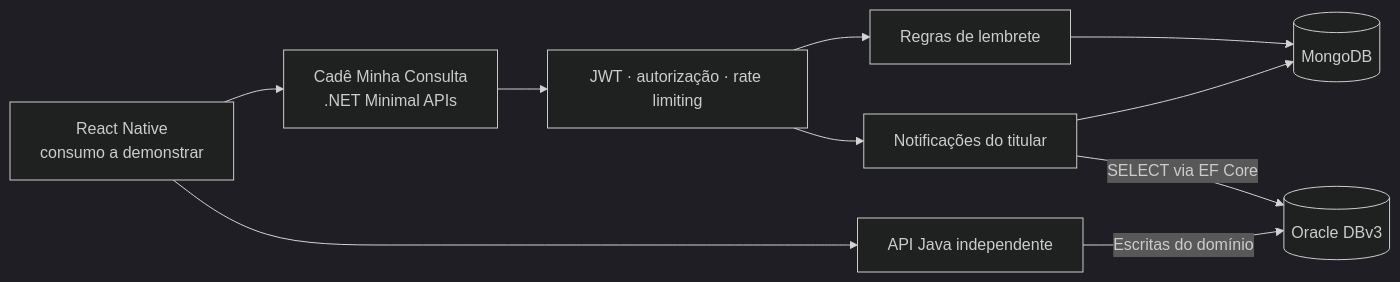
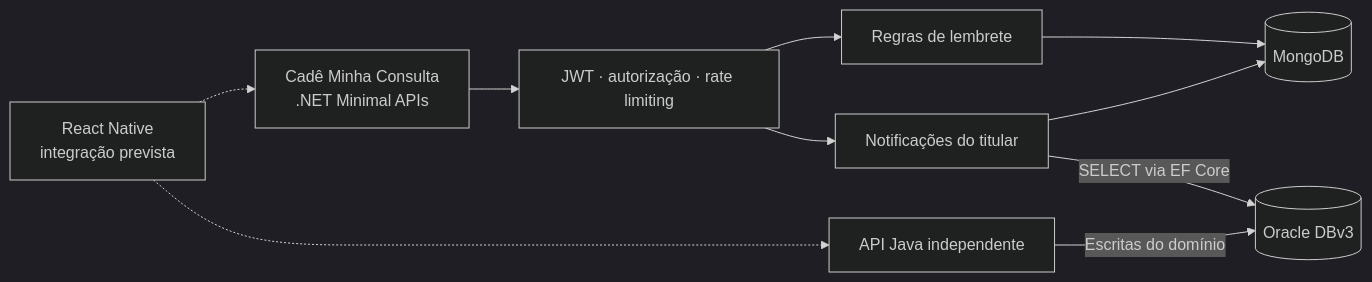
Before and after one commit to Yurifgb06/CadeMinhaConsulta: the diagram in README.md, drawn with Mermaid (dark theme). The commit also changed other lines of this file and 2 other files, not shown here.

Commit message:
docs: finaliza diagramas e orientacoes de entrega

````diff
--- a/README.md
+++ b/README.md
@@ -31,12 +31,12 @@
 ```mermaid
 flowchart LR
-    Mobile["React Native<br/>consumo a demonstrar"] --> API["Cadê Minha Consulta<br/>.NET Minimal APIs"]
-    Mobile --> Java["API Java independente"]
+    Mobile["React Native<br/>integração prevista"] -.-> API["Cadê Minha Consulta<br/>.NET Minimal APIs"]
+    Mobile -.-> Java["API Java independente"]
     API --> Auth["JWT · autorização · rate limiting"]
     Auth --> Rules["Regras de lembrete"]
     Auth --> Notifications["Notificações do titular"]
     Notifications -->|"SELECT via EF Core"| Oracle[("Oracle DBv3")]
     Java -->|"Escritas do domínio"| Oracle
     Rules --> Mongo[("MongoDB")]
     Notifications --> Mongo
 ```
````
